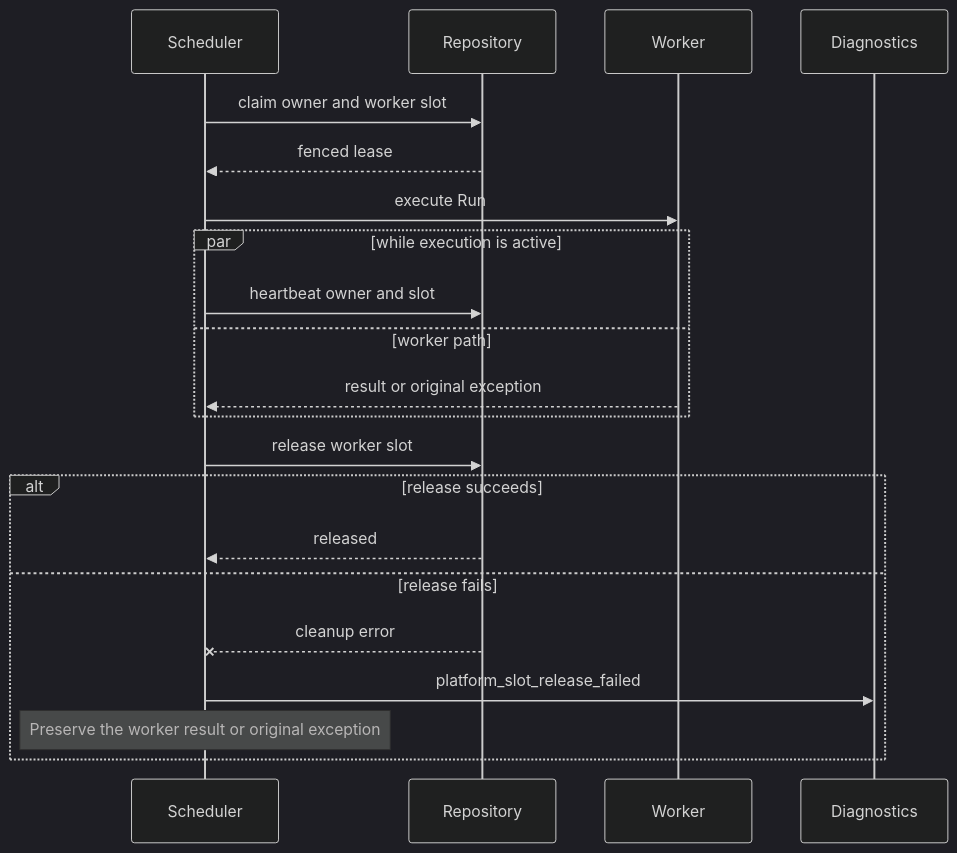
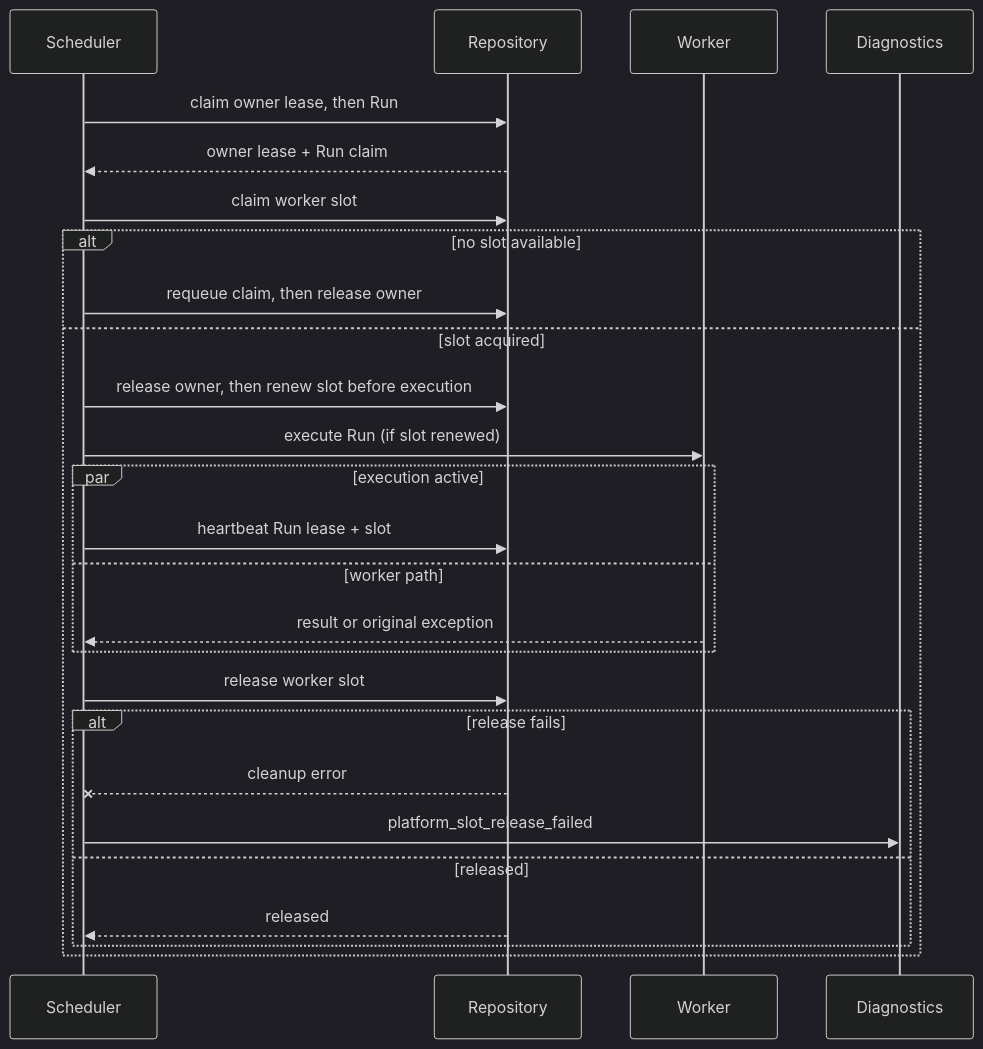
One commit to dengyie/agent-fleet changed the fifth of 6 diagrams in docs/visual-architecture.md. Above: the diagram before and after it, drawn with Mermaid (dark theme). The commit also changed other lines of this file and 39 other files, not shown here.

Commit message:
docs: publish visual architecture and evidence

````diff
--- a/docs/visual-architecture.md
+++ b/docs/visual-architecture.md
@@ -132,24 +166,28 @@
 ```mermaid
 sequenceDiagram
     participant Scheduler
     participant Repository
     participant Worker
     participant Diagnostics
-
-    Scheduler->>Repository: claim owner and worker slot
-    Repository-->>Scheduler: fenced lease
-    Scheduler->>Worker: execute Run
-    par while execution is active
-        Scheduler->>Repository: heartbeat owner and slot
-    and worker path
-        Worker-->>Scheduler: result or original exception
-    end
-    Scheduler->>Repository: release worker slot
-    alt release succeeds
-        Repository-->>Scheduler: released
-    else release fails
-        Repository--xScheduler: cleanup error
-        Scheduler->>Diagnostics: platform_slot_release_failed
-        Note over Scheduler: Preserve the worker result or original exception
+    Scheduler->>Repository: claim owner lease, then Run
+    Repository-->>Scheduler: owner lease + Run claim
+    Scheduler->>Repository: claim worker slot
+    alt no slot available
+        Scheduler->>Repository: requeue claim, then release owner
+    else slot acquired
+        Scheduler->>Repository: release owner, then renew slot before execution
+        Scheduler->>Worker: execute Run (if slot renewed)
+        par execution active
+            Scheduler->>Repository: heartbeat Run lease + slot
+        and worker path
+            Worker-->>Scheduler: result or original exception
+        end
+        Scheduler->>Repository: release worker slot
+        alt release fails
+            Repository--xScheduler: cleanup error
+            Scheduler->>Diagnostics: platform_slot_release_failed
+        else released
+            Repository-->>Scheduler: released
+        end
     end
 ```
````
